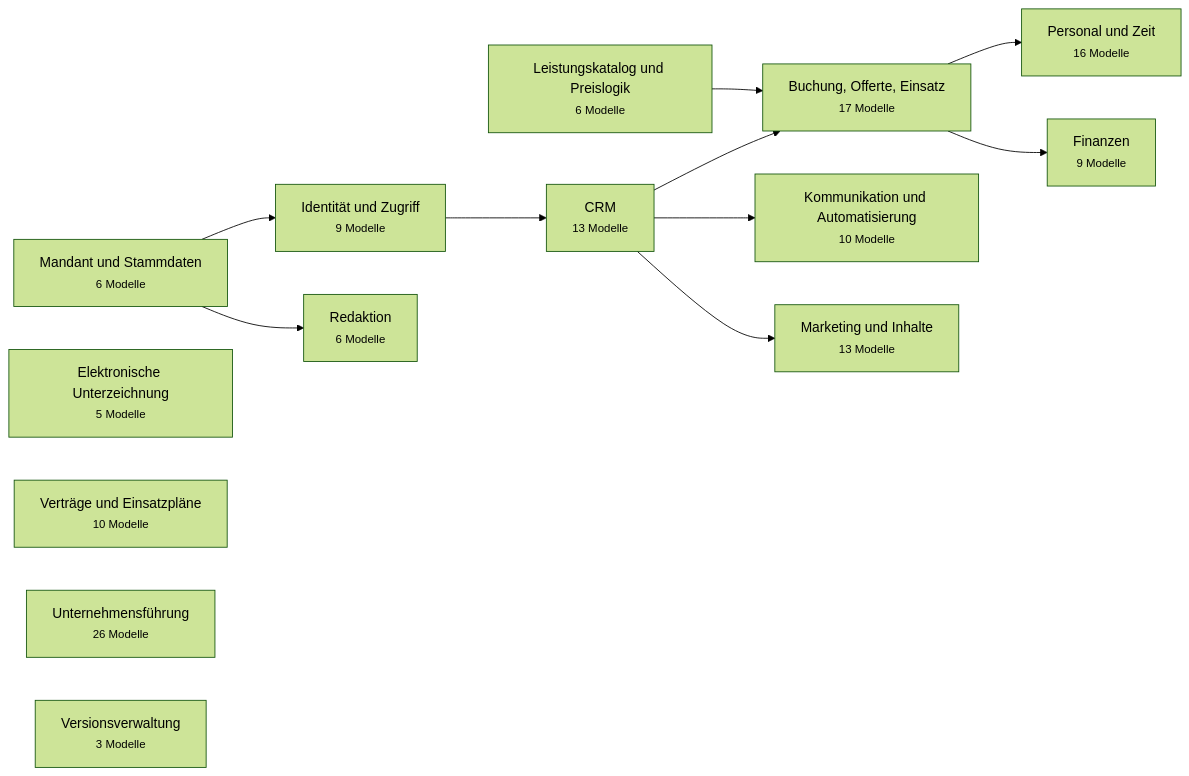
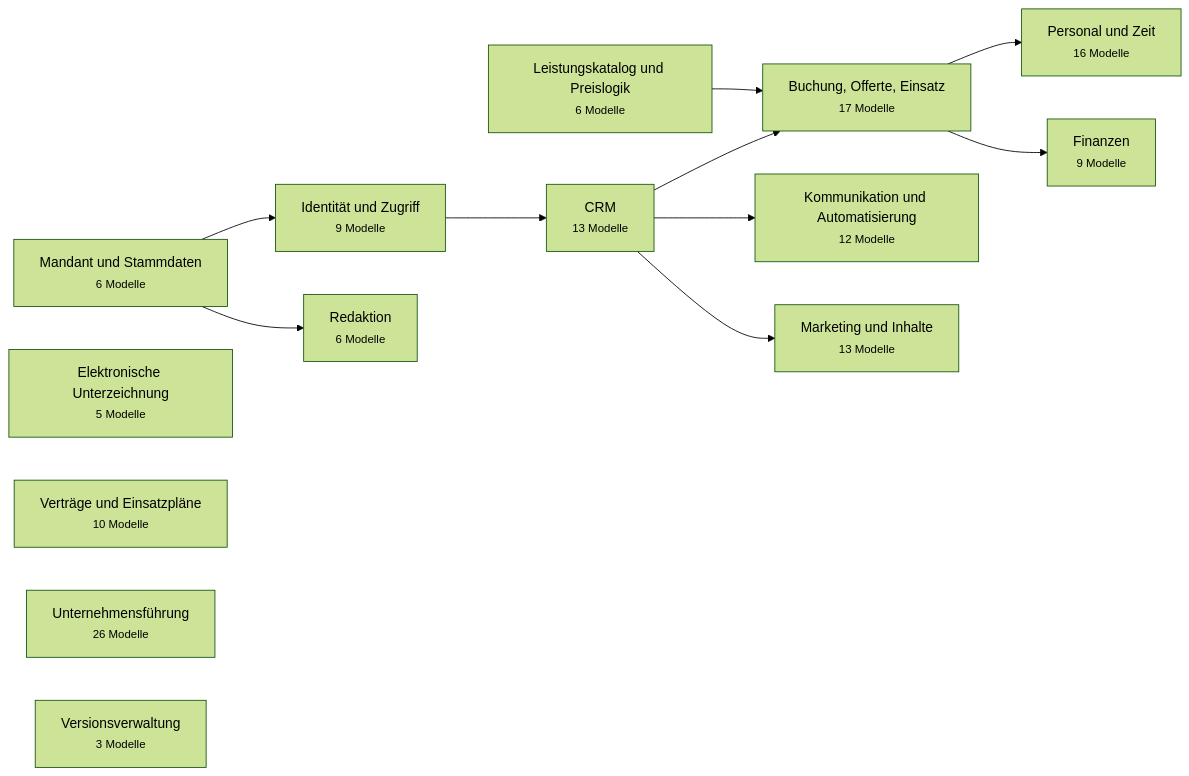
Before and after one commit to javadqasemi/Clenaris: the first of 15 diagrams in docs/DATABASE.md, drawn with Mermaid (forest theme). The commit also changed other lines of this file and 10 other files, not shown here.

````diff
--- a/docs/DATABASE.md
+++ b/docs/DATABASE.md
@@ -36,26 +36,26 @@
 ```mermaid
 flowchart LR
   stammdaten["Mandant und Stammdaten<br/><small>6 Modelle</small>"]
   identitaet["Identität und Zugriff<br/><small>9 Modelle</small>"]
   signatur["Elektronische Unterzeichnung<br/><small>5 Modelle</small>"]
   crm["CRM<br/><small>13 Modelle</small>"]
   katalog["Leistungskatalog und Preislogik<br/><small>6 Modelle</small>"]
   auftrag["Buchung, Offerte, Einsatz<br/><small>17 Modelle</small>"]
   vertraege["Verträge und Einsatzpläne<br/><small>10 Modelle</small>"]
   personal["Personal und Zeit<br/><small>16 Modelle</small>"]
   finanzen["Finanzen<br/><small>9 Modelle</small>"]
-  kommunikation["Kommunikation und Automatisierung<br/><small>10 Modelle</small>"]
+  kommunikation["Kommunikation und Automatisierung<br/><small>12 Modelle</small>"]
   marketing["Marketing und Inhalte<br/><small>13 Modelle</small>"]
   redaktion["Redaktion<br/><small>6 Modelle</small>"]
   fuehrung["Unternehmensführung<br/><small>26 Modelle</small>"]
   versionen["Versionsverwaltung<br/><small>3 Modelle</small>"]
   stammdaten --> identitaet
   identitaet --> crm
   crm --> auftrag
   katalog --> auftrag
   auftrag --> personal
   auftrag --> finanzen
   crm --> kommunikation
   crm --> marketing
   stammdaten --> redaktion
 ```
````
